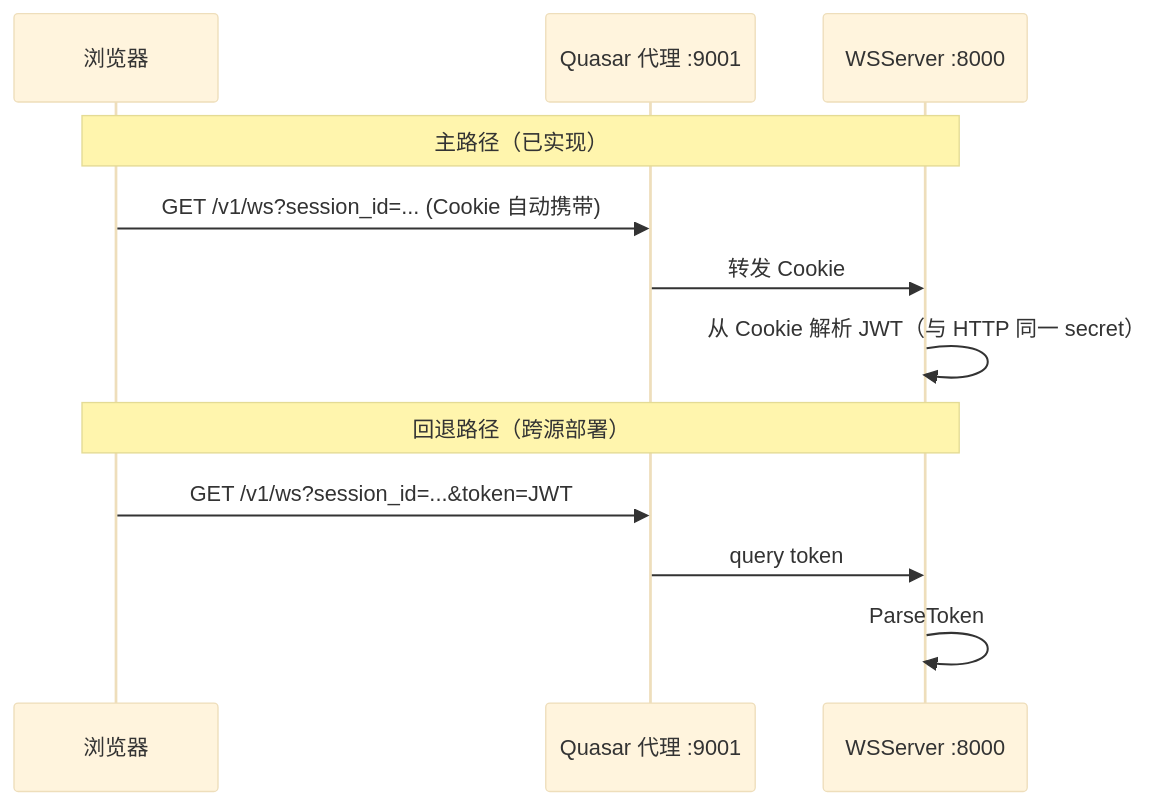
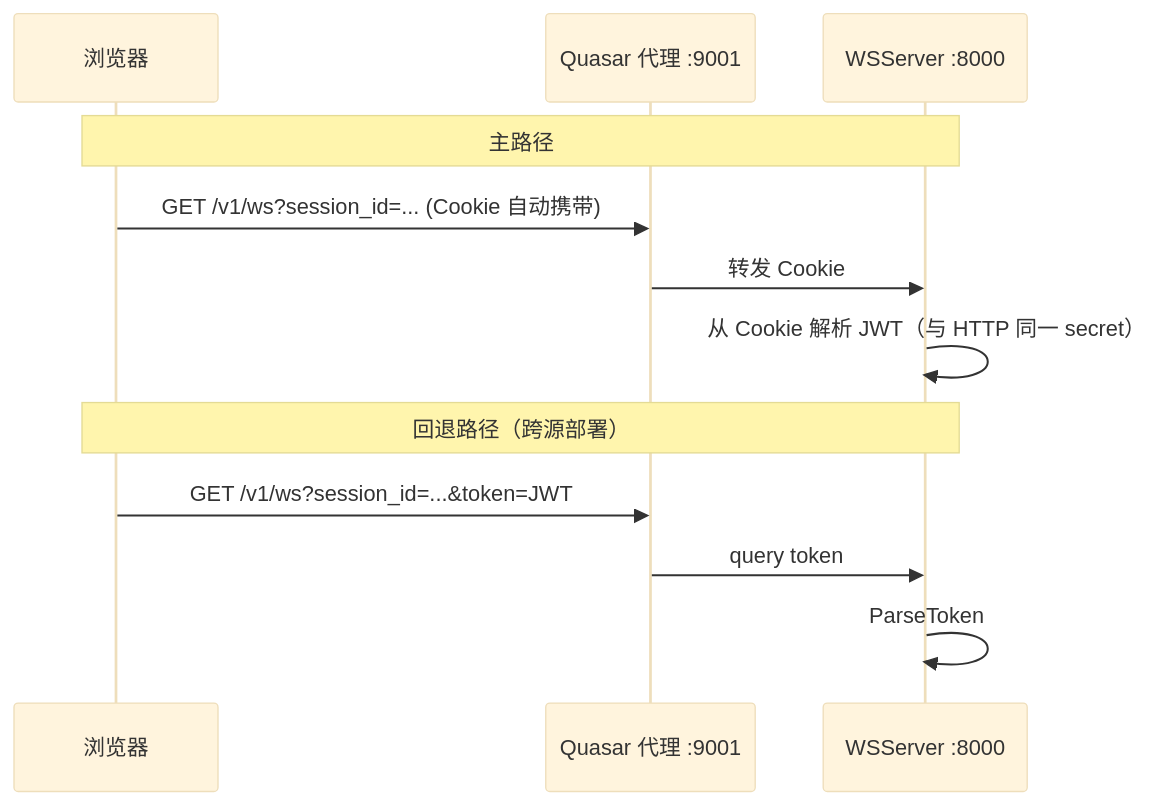
The second of 4 diagrams in docs/development/31-admin-auth.design.md (AmarsDing/aranea-agents), drawn with Mermaid (base theme) before and after one commit. The commit also changed other lines of this file and 75 other files, not shown here.

````diff
--- a/docs/development/31-admin-auth.design.md
+++ b/docs/development/31-admin-auth.design.md
@@ -134,16 +127,16 @@
 ```mermaid
 sequenceDiagram
   participant B as 浏览器
   participant P as Quasar 代理 :9001
   participant S as WSServer :8000
 
-  Note over B,S: 主路径（已实现）
+  Note over B,S: 主路径
   B->>P: GET /v1/ws?session_id=... (Cookie 自动携带)
   P->>S: 转发 Cookie
   S->>S: 从 Cookie 解析 JWT（与 HTTP 同一 secret）
 
   Note over B,S: 回退路径（跨源部署）
   B->>P: GET /v1/ws?session_id=...&token=JWT
   P->>S: query token
   S->>S: ParseToken
 ```
````
